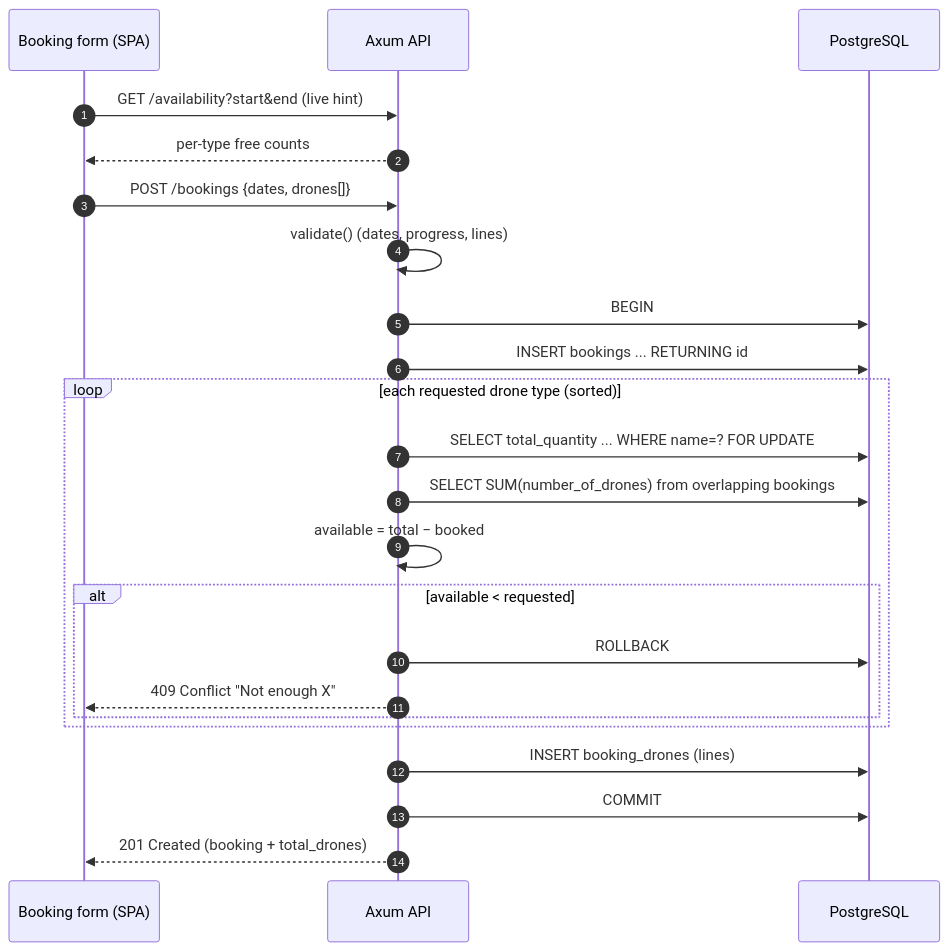
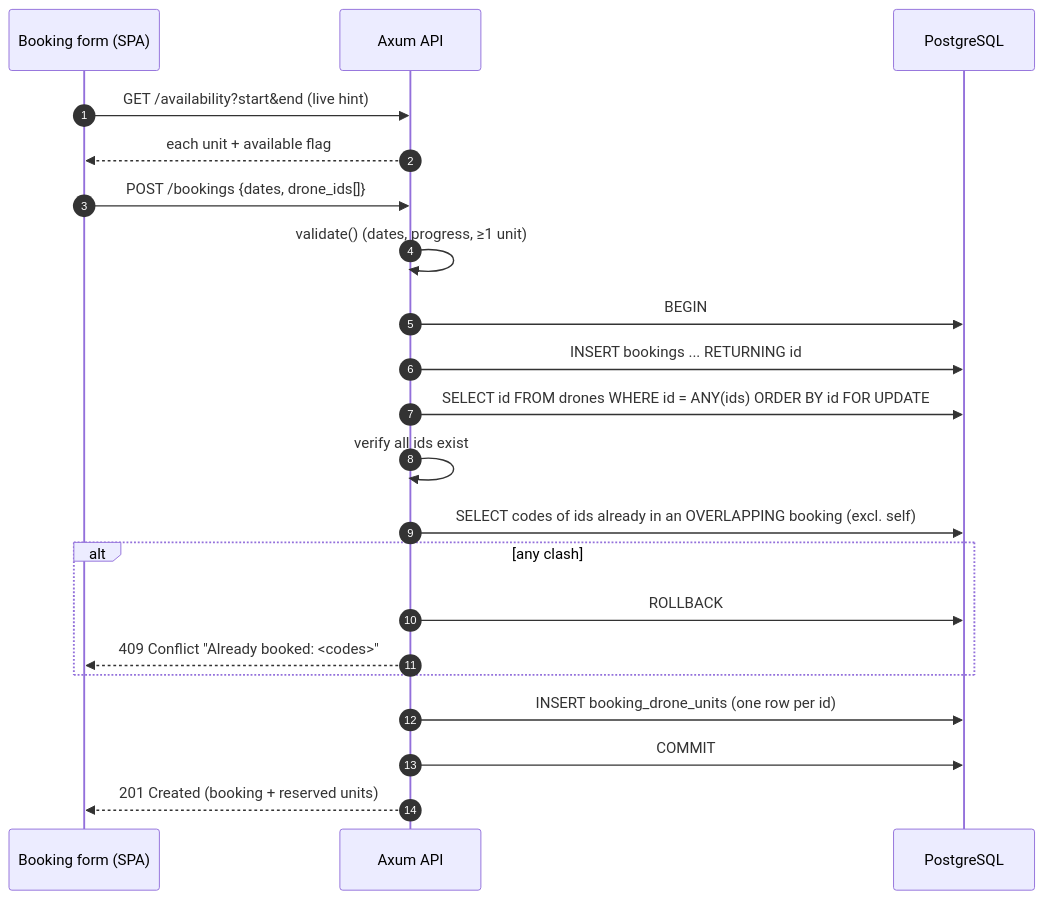
Before and after one commit to najibuhuy/book-my-drone: the third of 3 diagrams in docs/ARCHITECTURE.md, drawn with Mermaid. The commit also changed other lines of this file and 14 other files, not shown here.

````diff
--- a/docs/ARCHITECTURE.md
+++ b/docs/ARCHITECTURE.md
@@ -184,26 +196,24 @@
 ```mermaid
 sequenceDiagram
   autonumber
   participant F as Booking form (SPA)
   participant A as Axum API
   participant D as PostgreSQL
 
   F->>A: GET /availability?start&end (live hint)
-  A-->>F: per-type free counts
-  F->>A: POST /bookings {dates, drones[]}
-  A->>A: validate() (dates, progress, lines)
+  A-->>F: each unit + available flag
+  F->>A: POST /bookings {dates, drone_ids[]}
+  A->>A: validate() (dates, progress, ≥1 unit)
   A->>D: BEGIN
   A->>D: INSERT bookings ... RETURNING id
-  loop each requested drone type (sorted)
-    A->>D: SELECT total_quantity ... WHERE name=? FOR UPDATE
-    A->>D: SELECT SUM(number_of_drones) from overlapping bookings
-    A->>A: available = total − booked
-    alt available < requested
-      A->>D: ROLLBACK
-      A-->>F: 409 Conflict "Not enough X"
-    end
+  A->>D: SELECT id FROM drones WHERE id = ANY(ids) ORDER BY id FOR UPDATE
+  A->>A: verify all ids exist
+  A->>D: SELECT codes of ids already in an OVERLAPPING booking (excl. self)
+  alt any clash
+    A->>D: ROLLBACK
+    A-->>F: 409 Conflict "Already booked: <codes>"
   end
-  A->>D: INSERT booking_drones (lines)
+  A->>D: INSERT booking_drone_units (one row per id)
   A->>D: COMMIT
-  A-->>F: 201 Created (booking + total_drones)
+  A-->>F: 201 Created (booking + reserved units)
 ```
````
